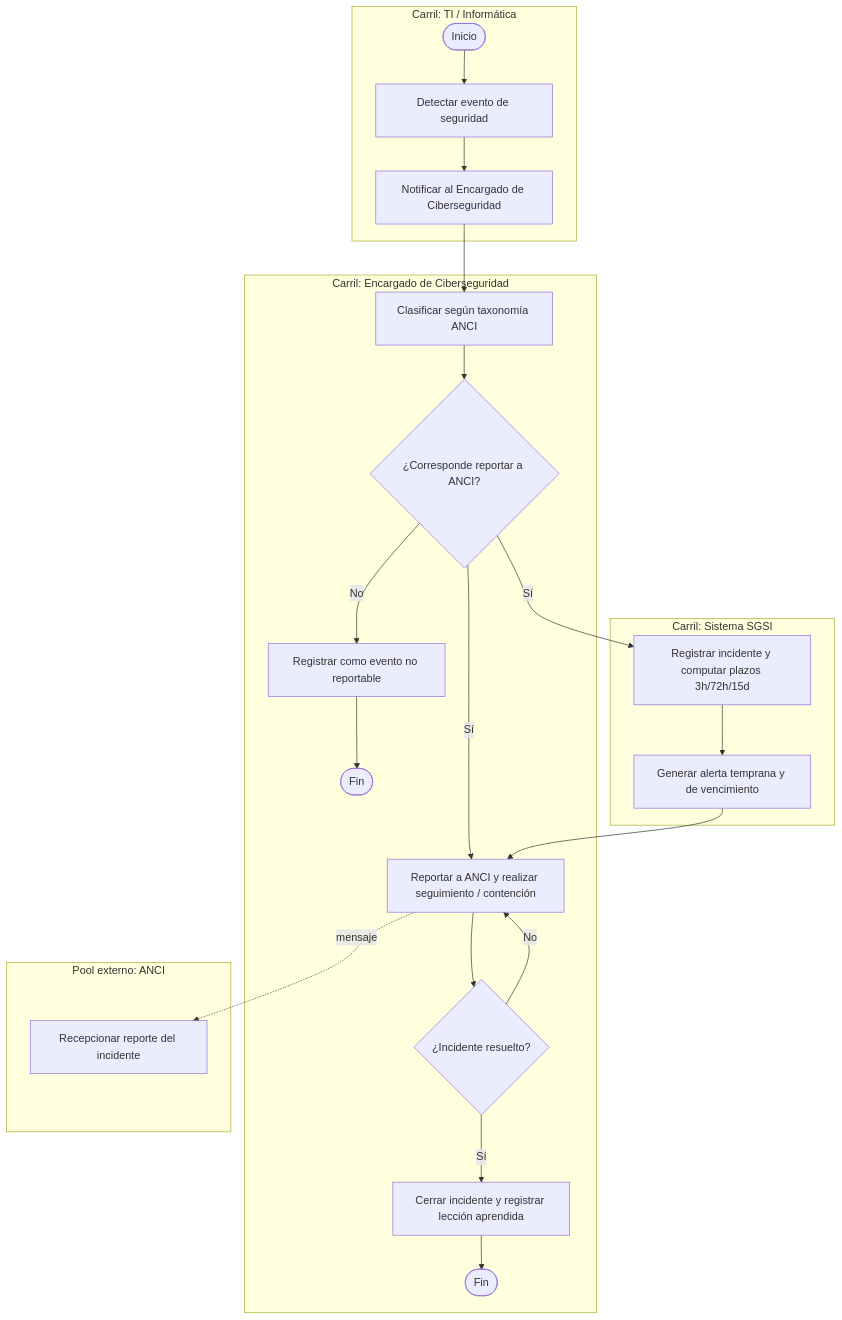
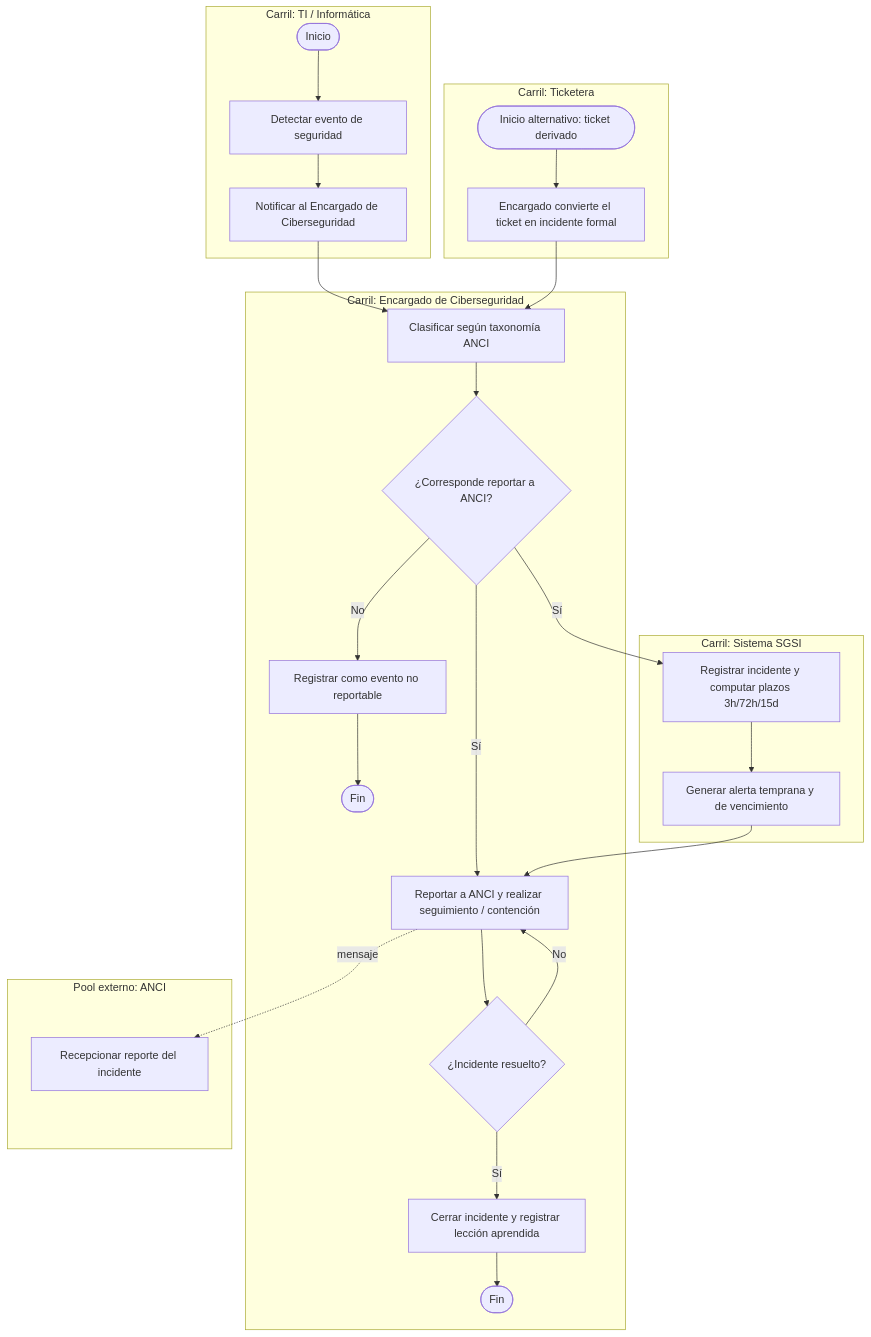
Before and after one commit to pbahamondez-inacap/proyectotitulo-inacap-Pbahamondez: the second of 5 diagrams in Documentacion/Entregas/U2-Desarrollo_e_Implementacion/03_bpmn_procesos_negocio.md, drawn with Mermaid. The commit also changed other lines of this file and 85 other files, not shown here.

````diff
--- a/Documentacion/Entregas/U2-Desarrollo_e_Implementacion/03_bpmn_procesos_negocio.md
+++ b/Documentacion/Entregas/U2-Desarrollo_e_Implementacion/03_bpmn_procesos_negocio.md
@@ -121,25 +126,29 @@
 ```mermaid
 flowchart TD
     subgraph TI["Carril: TI / Informática"]
         S2([Inicio]) --> T1[Detectar evento de seguridad]
         T1 --> T2[Notificar al Encargado de Ciberseguridad]
+    end
+    subgraph TICKET["Carril: Ticketera"]
+        T0([Inicio alternativo: ticket derivado]) --> T01[Encargado convierte el ticket en incidente formal]
     end
     subgraph ENC["Carril: Encargado de Ciberseguridad"]
         T3[Clasificar según taxonomía ANCI] --> G1{¿Corresponde reportar a ANCI?}
         G1 -- No --> T4[Registrar como evento no reportable] --> E1([Fin])
         G1 -- Sí --> T5[Reportar a ANCI y realizar seguimiento / contención]
         T5 --> G2{¿Incidente resuelto?}
         G2 -- No --> T5
         G2 -- Sí --> T6[Cerrar incidente y registrar lección aprendida] --> E2([Fin])
     end
     subgraph SIS["Carril: Sistema SGSI"]
         T7[Registrar incidente y computar plazos 3h/72h/15d] --> T8[Generar alerta temprana y de vencimiento]
     end
     subgraph ANCI["Pool externo: ANCI"]
         T9[Recepcionar reporte del incidente]
     end
     T2 --> T3
+    T01 --> T3
     G1 -- Sí --> T7
     T8 --> T5
     T5 -. mensaje .-> T9
 ```
````
